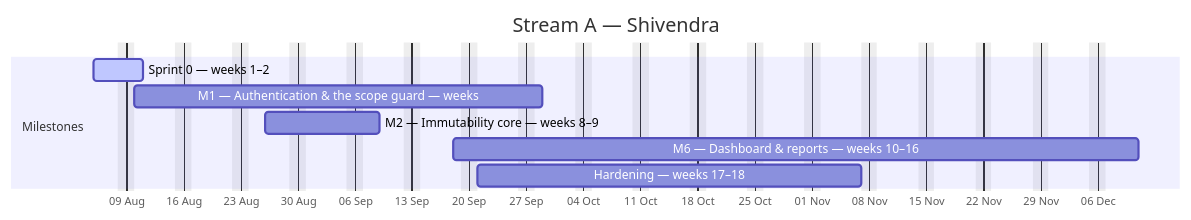
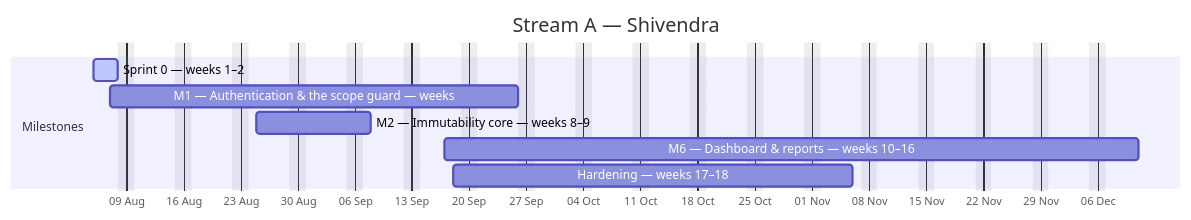
The first of 4 diagrams in docs/plan/GANTT.md (debashisedunext/EduTrack), drawn with Mermaid before and after one commit. The commit also changed other lines of this file and 8 other files, not shown here.

````diff
--- a/docs/plan/GANTT.md
+++ b/docs/plan/GANTT.md
@@ -111,13 +111,13 @@
 ```mermaid
 gantt
     dateFormat YYYY-MM-DD
     axisFormat %d %b
     title Stream A — Shivendra
     excludes weekends
     section Milestones
-    Sprint 0 — weeks 1–2 :active, a0, 2026-08-05, 4d
-    M1 — Authentication & the scope guard — weeks :a1, 2026-08-10, 36d
-    M2 — Immutability core — weeks 8–9 :a2, 2026-08-26, 10d
-    M6 — Dashboard & reports — weeks 10–16 :a3, 2026-09-18, 60d
-    Hardening — weeks 17–18 :a4, 2026-09-21, 35d
+    Sprint 0 — weeks 1–2 :active, a0, 2026-08-05, 3d
+    M1 — Authentication & the scope guard — weeks :a1, 2026-08-07, 36d
+    M2 — Immutability core — weeks 8–9 :a2, 2026-08-25, 10d
+    M6 — Dashboard & reports — weeks 10–16 :a3, 2026-09-17, 61d
+    Hardening — weeks 17–18 :a4, 2026-09-18, 35d
 ```
````
